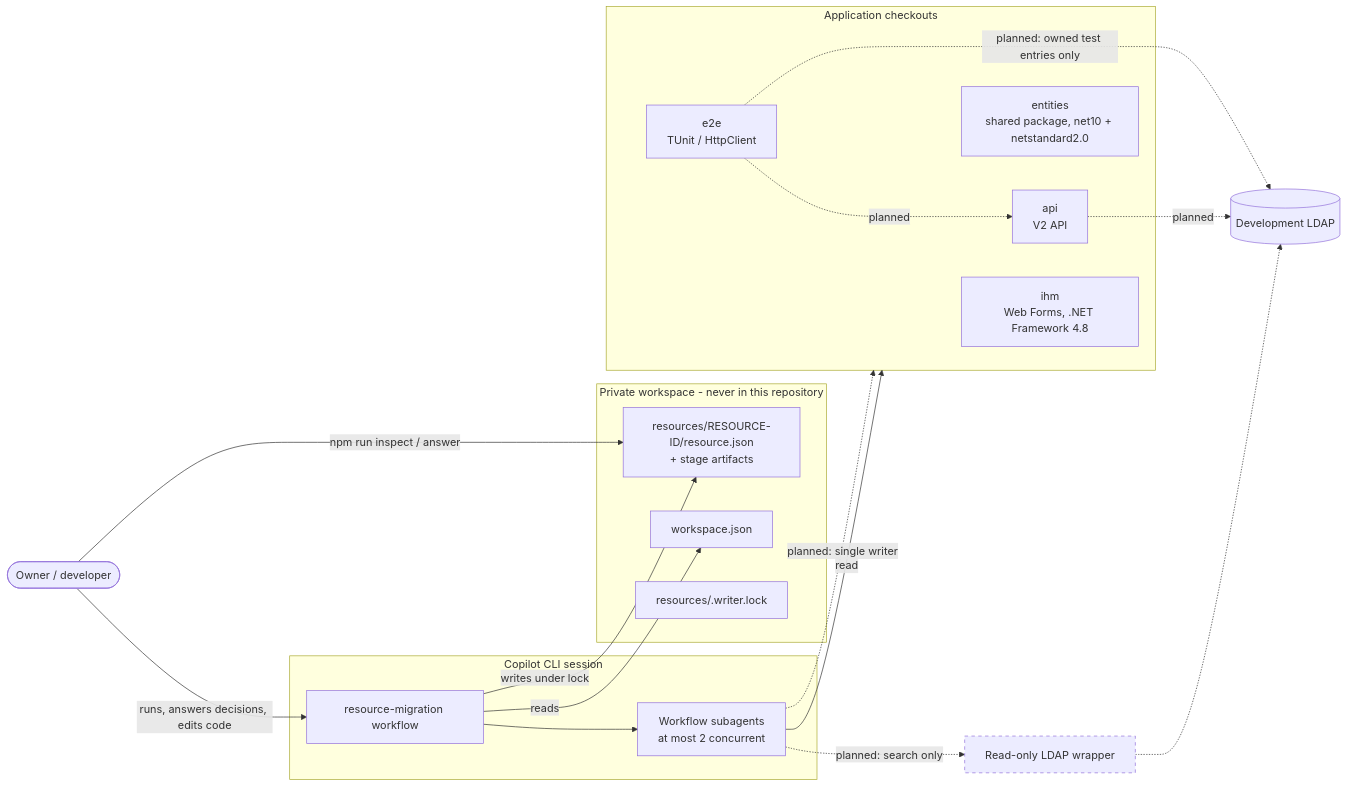
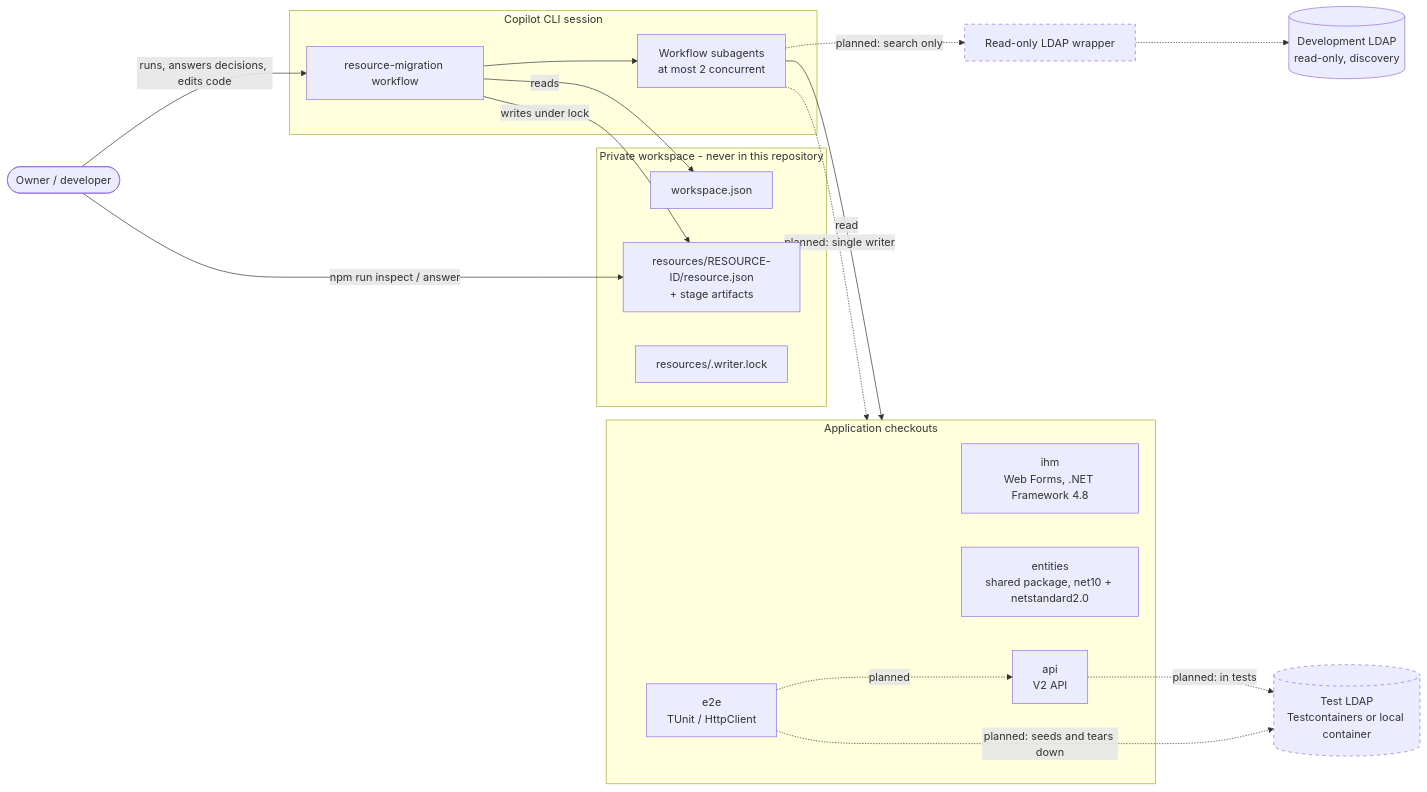
The second of 12 diagrams in docs/design.md (SimonGelbart/migration-dynamic-workflow), drawn with Mermaid before and after one commit. The commit also changed other lines of this file and 2 other files, not shown here.

Commit message:
Use a disposable test LDAP (Testcontainers or local container) for acceptance tests

````diff
--- a/docs/design.md
+++ b/docs/design.md
@@ -412,34 +413,35 @@
 ```mermaid
 flowchart LR
   owner([Owner / developer])
   subgraph copilot [Copilot CLI session]
     wf[resource-migration workflow]
     agents[Workflow subagents<br/>at most 2 concurrent]
   end
   subgraph private [Private workspace - never in this repository]
     cfg[workspace.json]
     rec[resources/RESOURCE-ID/resource.json<br/>+ stage artifacts]
     lock[resources/.writer.lock]
   end
   subgraph apps [Application checkouts]
     ihm[ihm<br/>Web Forms, .NET Framework 4.8]
     ent[entities<br/>shared package, net10 + netstandard2.0]
     api[api<br/>V2 API]
     e2e[e2e<br/>TUnit / HttpClient]
   end
-  ldap[(Development LDAP)]
+  ldap[(Development LDAP<br/>read-only, discovery)]
+  tldap[(Test LDAP<br/>Testcontainers or local container)]:::planned
   wrap[Read-only LDAP wrapper]:::planned
 
   owner -- runs, answers decisions, edits code --> wf
   owner -- npm run inspect / answer --> rec
   wf --> agents
   wf -- reads --> cfg
   wf -- writes under lock --> rec
   agents -- read --> apps
   agents -. planned: single writer .-> apps
   e2e -. planned .-> api
-  api -. planned .-> ldap
+  api -. planned: in tests .-> tldap
   agents -. planned: search only .-> wrap -.-> ldap
-  e2e -. planned: owned test entries only .-> ldap
+  e2e -. planned: seeds and tears down .-> tldap
   classDef planned stroke-dasharray: 5 5
 ```
````
